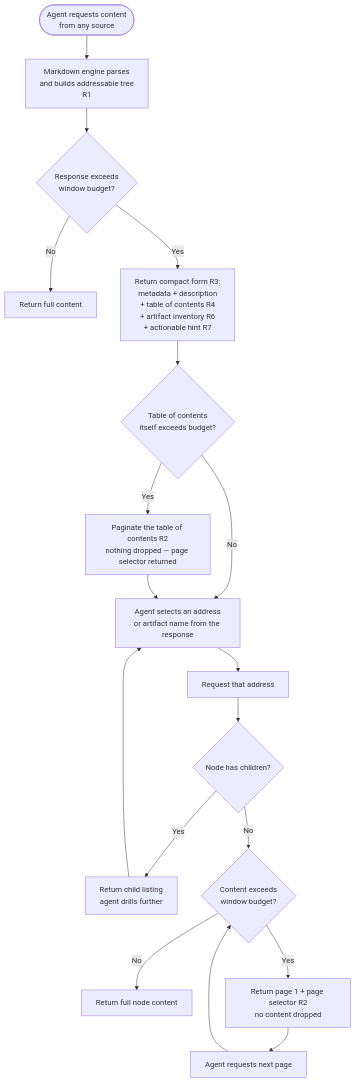
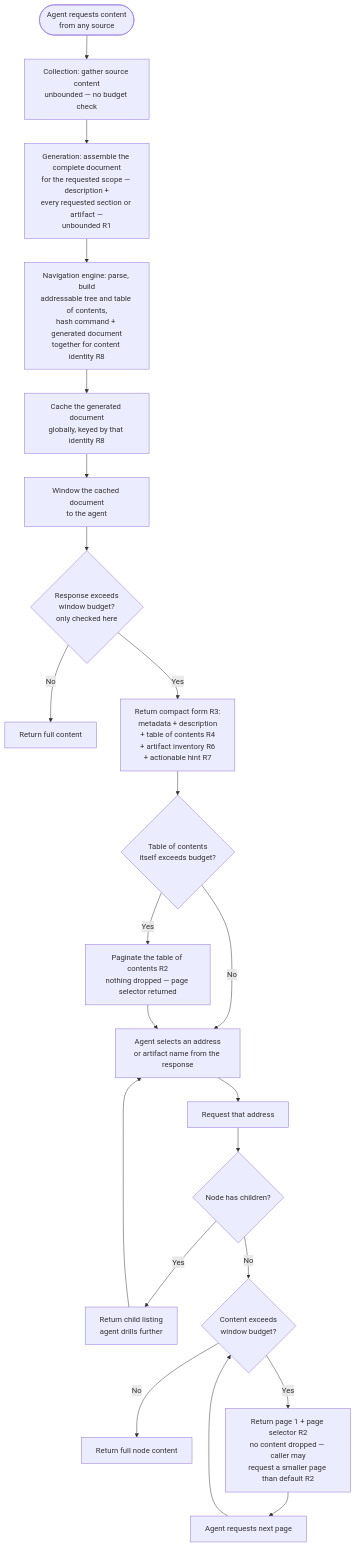
Before and after one commit to Jamie-BitFlight/claude_skills: the diagram in plugins/development-harness/docs/agent-markdown-consumption-contract.md, drawn with Mermaid. The commit also changed other lines of this file and 12 other files, not shown here.

````diff
--- a/plugins/development-harness/docs/agent-markdown-consumption-contract.md
+++ b/plugins/development-harness/docs/agent-markdown-consumption-contract.md
@@ -105,24 +292,28 @@
 ```mermaid
 flowchart TD
-    Req([Agent requests content<br>from any source]) --> Eng[Markdown engine parses<br>and builds addressable tree<br>R1]
-    Eng --> Measure{Response exceeds<br>window budget?}
+    Req([Agent requests content<br>from any source]) --> Coll[Collection: gather source content<br>unbounded — no budget check]
+    Coll --> Gen["Generation: assemble the complete document<br>for the requested scope — description +<br>every requested section or artifact —<br>unbounded R1"]
+    Gen --> Nav[Navigation engine: parse, build<br>addressable tree and table of contents,<br>hash command + generated document<br>together for content identity R8]
+    Nav --> Cache["Cache the generated document<br>globally, keyed by that identity R8"]
+    Cache --> Eng[Window the cached document<br>to the agent]
+    Eng --> Measure{Response exceeds<br>window budget?<br>only checked here}
 
     Measure -->|No| Full[Return full content]
     Measure -->|Yes| Compact["Return compact form R3:<br>metadata + description<br>+ table of contents R4<br>+ artifact inventory R6<br>+ actionable hint R7"]
 
     Compact --> TocFits{Table of contents<br>itself exceeds budget?}
     TocFits -->|Yes| TocPage["Paginate the table of contents R2<br>nothing dropped — page selector returned"]
     TocFits -->|No| Select
     TocPage --> Select[Agent selects an address<br>or artifact name from the response]
 
     Select --> Fetch[Request that address]
     Fetch --> Children{Node has children?}
     Children -->|Yes| ChildMap[Return child listing<br>agent drills further]
     ChildMap --> Select
     Children -->|No| Fits{Content exceeds<br>window budget?}
 
     Fits -->|No| Deliver[Return full node content]
-    Fits -->|Yes| Window["Return page 1 + page selector R2<br>no content dropped"]
+    Fits -->|Yes| Window["Return page 1 + page selector R2<br>no content dropped — caller may<br>request a smaller page than default R2"]
     Window --> Cont[Agent requests next page]
     Cont --> Fits
 ```
````
